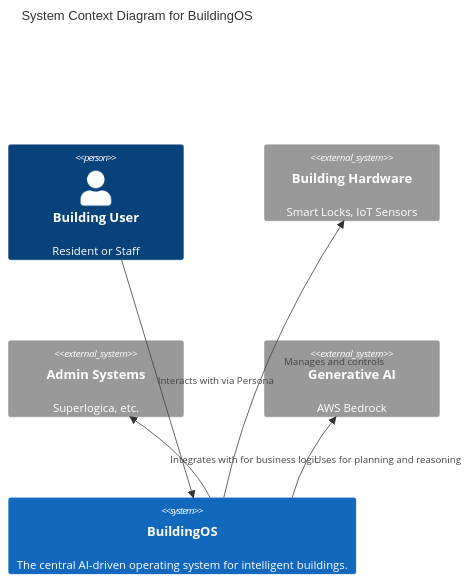
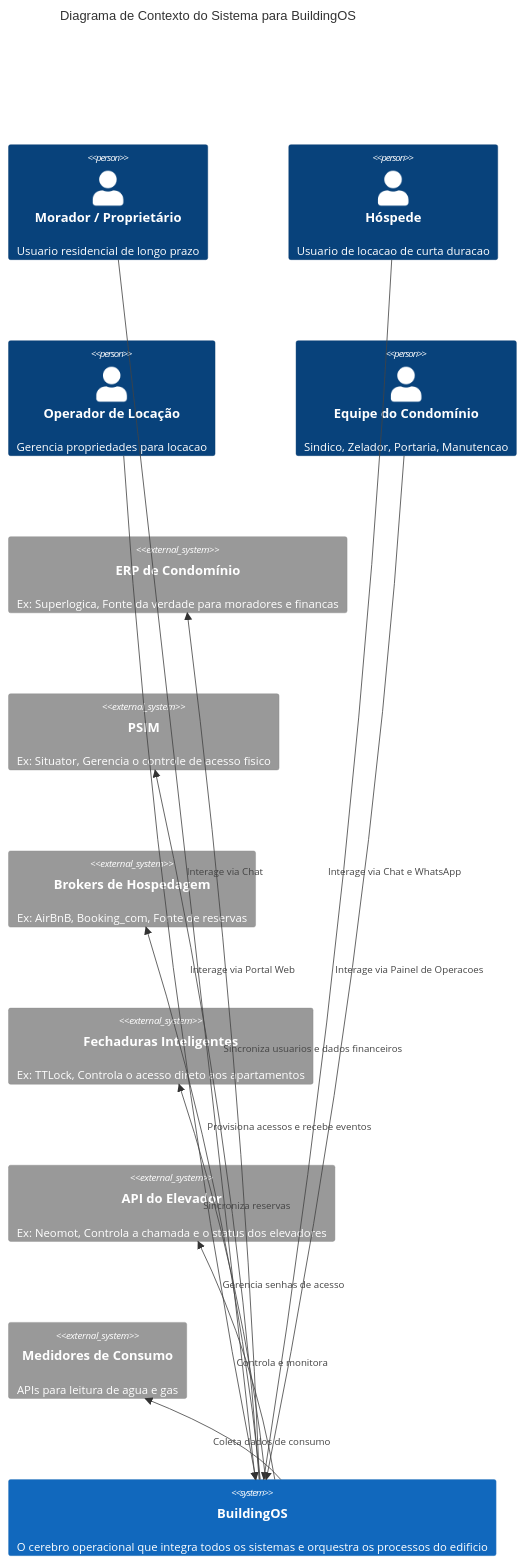
One commit to jjoeluna/building-os-platform changed the first of 3 diagrams in docs/02-architecture/01-solution-architecture.md. Above: the diagram before and after it, drawn with Mermaid. The commit also changed other lines of this file and 87 other files, not shown here.

````diff
--- a/docs/02-architecture/01-solution-architecture.md
+++ b/docs/02-architecture/01-solution-architecture.md
@@ -11,16 +16,30 @@
 ```mermaid
 C4Context
-  title System Context Diagram for BuildingOS
+  title Diagrama de Contexto do Sistema para BuildingOS
 
-  Person(User, "Building User", "Resident or Staff")
-  System_Ext(Hardware, "Building Hardware", "Smart Locks, IoT Sensors")
-  System_Ext(AdminSystems, "Admin Systems", "Superlogica, etc.")
-  System_Ext(LLM, "Generative AI", "AWS Bedrock")
+  Person(Morador, "Morador / Proprietário", "Usuario residencial de longo prazo")
+  Person(Hospede, "Hóspede", "Usuario de locacao de curta duracao")
+  Person(Operador, "Operador de Locação", "Gerencia propriedades para locacao")
+  Person(EquipeCondominio, "Equipe do Condomínio", "Sindico, Zelador, Portaria, Manutencao")
 
-  System(BOS, "BuildingOS", "The central AI-driven operating system for intelligent buildings.")
+  System_Ext(ERP, "ERP de Condomínio", "Ex: Superlogica, Fonte da verdade para moradores e financas")
+  System_Ext(PSIM, "PSIM", "Ex: Situator, Gerencia o controle de acesso fisico")
+  System_Ext(Brokers, "Brokers de Hospedagem", "Ex: AirBnB, Booking_com, Fonte de reservas")
+  System_Ext(Fechaduras, "Fechaduras Inteligentes", "Ex: TTLock, Controla o acesso direto aos apartamentos")
+  System_Ext(Elevadores, "API do Elevador", "Ex: Neomot, Controla a chamada e o status dos elevadores")
+  System_Ext(Medidores, "Medidores de Consumo", "APIs para leitura de agua e gas")
 
-  Rel(User, BOS, "Interacts with via Persona")
-  Rel(BOS, Hardware, "Manages and controls")
-  Rel(BOS, AdminSystems, "Integrates with for business logic")
-  Rel(BOS, LLM, "Uses for planning and reasoning")
+  System(BOS, "BuildingOS", "O cerebro operacional que integra todos os sistemas e orquestra os processos do edificio")
+
+  Rel(Morador, BOS, "Interage via Chat")
+  Rel(Hospede, BOS, "Interage via Chat e WhatsApp")
+  Rel(Operador, BOS, "Interage via Portal Web")
+  Rel(EquipeCondominio, BOS, "Interage via Painel de Operacoes")
+
+  Rel(BOS, ERP, "Sincroniza usuarios e dados financeiros")
+  Rel(BOS, PSIM, "Provisiona acessos e recebe eventos")
+  Rel(BOS, Brokers, "Sincroniza reservas")
+  Rel(BOS, Fechaduras, "Gerencia senhas de acesso")
+  Rel(BOS, Elevadores, "Controla e monitora")
+  Rel(BOS, Medidores, "Coleta dados de consumo")
 ```
````
